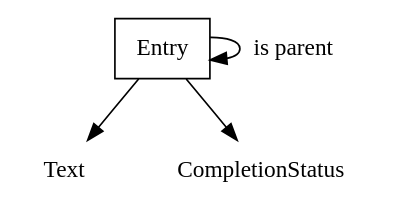
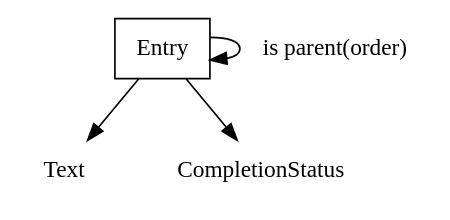
One commit to CheshireSwift/organising-swiftly changed the diagram in docs/schema.dot. Above: the diagram before and after it, drawn with Graphviz. The commit also changed 2 other files, not shown here.

```diff
--- a/docs/schema.dot
+++ b/docs/schema.dot
@@ -1,10 +1,21 @@
 digraph Schema {
     node [shape=box];
     Entry;
+    //User;
+    //Tag;
 
-    Entry -> Entry [label="is parent"];
+    Entry -> Entry [label="is parent(order)"];
+    //User -> Entry [label="is owner"];
+    //Entry -> Tag [label="is tagged with"];
 
     node [shape=plaintext];
     Entry -> Text;
     Entry -> CompletionStatus;
+
+    //User -> Username;
+    //User -> Salt;
+    //User -> Hash;
+
+    //Tag -> Name;
+    //Tag -> Colour;
 }
```
